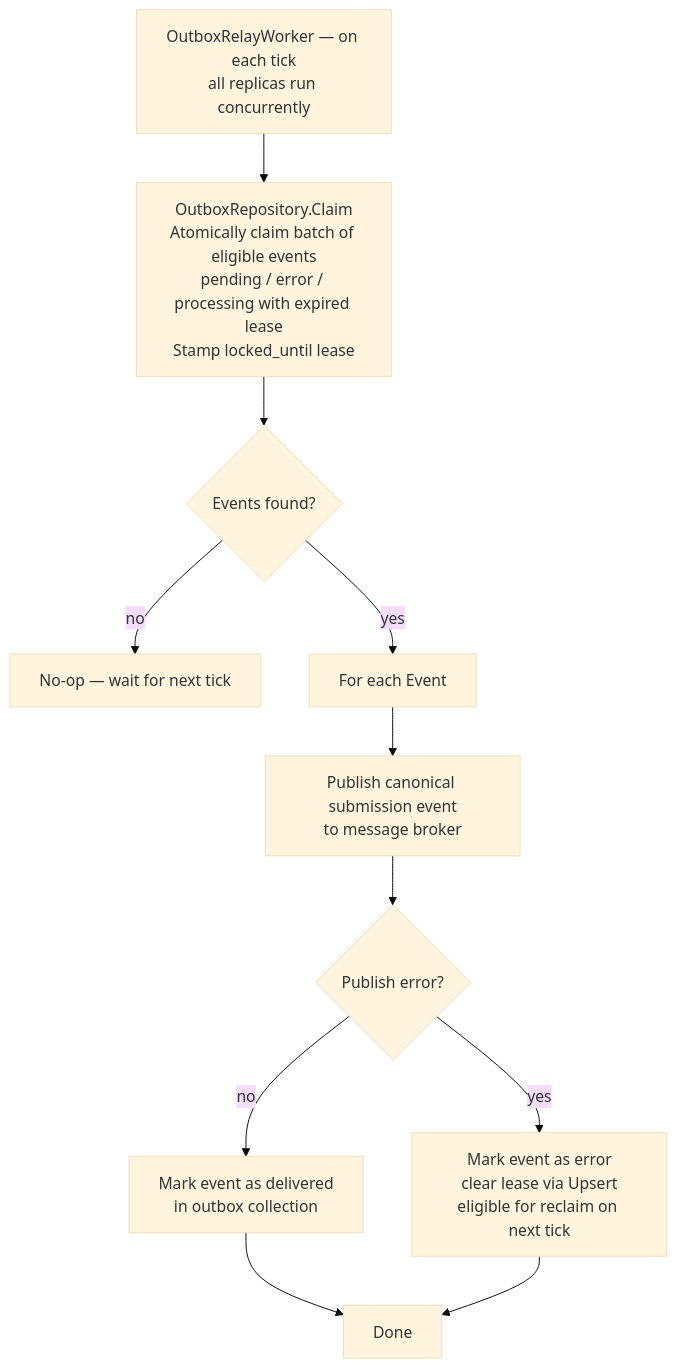
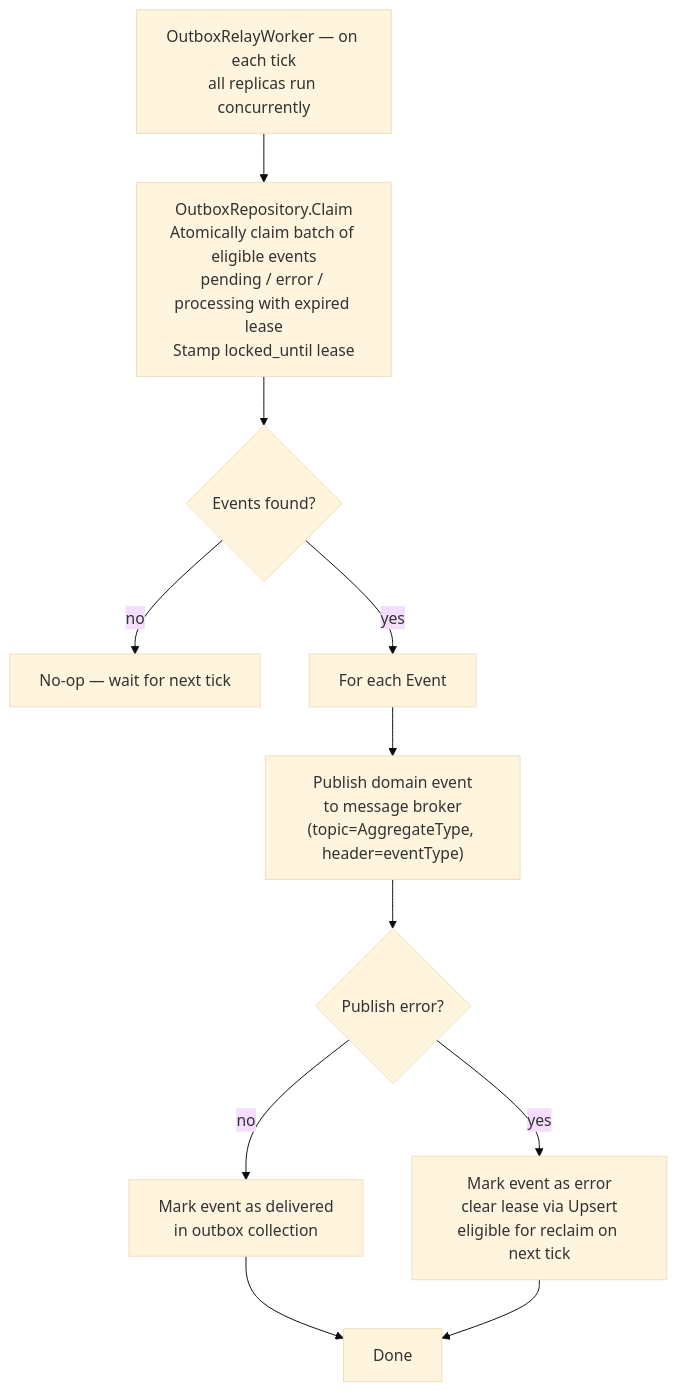
Before and after one commit to cmclaughlin24/sundance: the eighth of 11 diagrams in backend/docs/architecture.md, drawn with Mermaid (base theme). The commit also changed other lines of this file, not shown here.

````diff
--- a/backend/docs/architecture.md
+++ b/backend/docs/architecture.md
@@ -454,13 +459,13 @@
 ```mermaid
 flowchart TD
     A[OutboxRelayWorker — on each tick\nall replicas run concurrently] --> B["OutboxRepository.Claim\nAtomically claim batch of eligible events\npending / error / processing with expired lease\nStamp locked_until lease"]
     B --> C{Events found?}
     C -->|no| D[No-op — wait for next tick]
     C -->|yes| E[For each Event]
-    E --> F[Publish canonical submission event\nto message broker]
+    E --> F["Publish domain event\nto message broker\n(topic=AggregateType, header=eventType)"]
     F --> G{Publish error?}
     G -->|no| H[Mark event as delivered\nin outbox collection]
     G -->|yes| I[Mark event as error\nclear lease via Upsert\neligible for reclaim on next tick]
     H --> L[Done]
     I --> L
 ```
````
